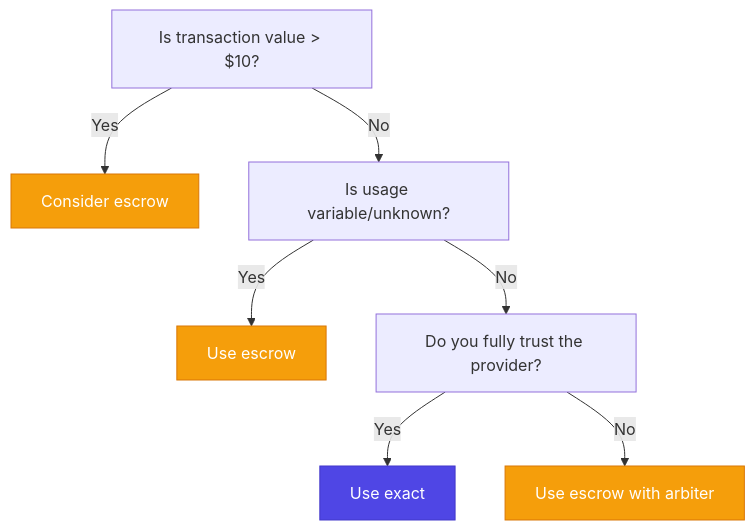
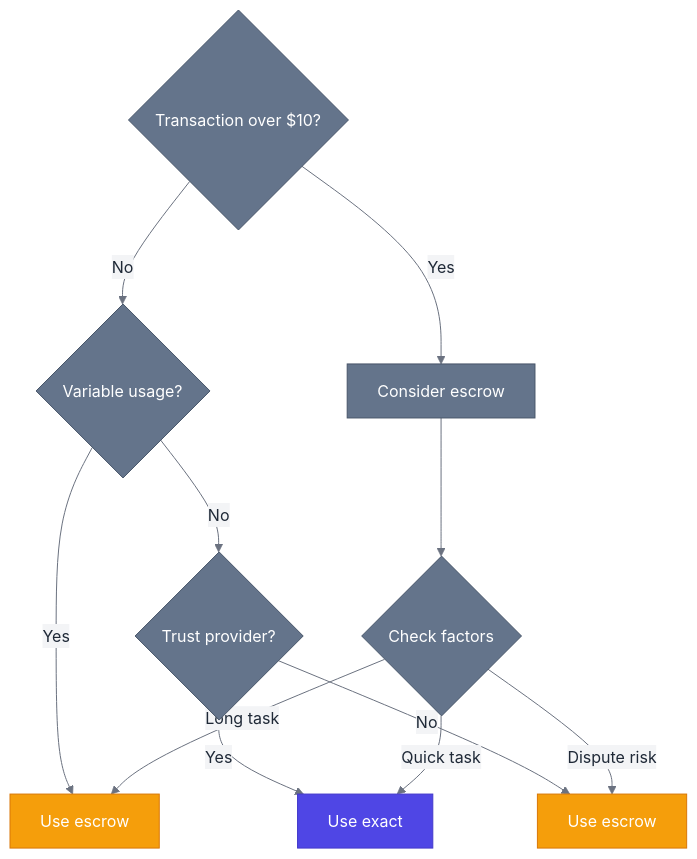
Before and after one commit to BackTrackCo/docs: the diagram in x402-integration/comparison.mdx, drawn with Mermaid. The commit also changed 13 other files, not shown here.

First line of the commit message:
Apply professional theming to all Mermaid diagrams and convert key diagrams to D2

````diff
--- a/x402-integration/comparison.mdx
+++ b/x402-integration/comparison.mdx
@@ -324,15 +324,26 @@
 ```mermaid
+%%{init: {'theme':'base', 'themeVariables': {'primaryColor':'#fafafa','primaryTextColor':'#1f2937','primaryBorderColor':'#9ca3af','secondaryColor':'#f3f4f6','tertiaryColor':'#ffffff','lineColor':'#6b7280','fontFamily':'ui-sans-serif, system-ui, sans-serif'}}}%%
 flowchart TD
-    A[Is transaction value > $10?]
+    A{Transaction over $10?}
     A -->|Yes| B[Consider escrow]
-    A -->|No| C[Is usage variable/unknown?]
+    A -->|No| C{Variable usage?}
     C -->|Yes| D[Use escrow]
-    C -->|No| E[Do you fully trust the provider?]
+    C -->|No| E{Trust provider?}
     E -->|Yes| F[Use exact]
-    E -->|No| G[Use escrow with arbiter]
+    E -->|No| G[Use escrow]
 
-    style B fill:#f59e0b,stroke:#d97706,color:#fff
+    B --> H{Check factors}
+    H -->|Long task| D
+    H -->|Quick task| F
+    H -->|Dispute risk| G
+
     style D fill:#f59e0b,stroke:#d97706,color:#fff
     style F fill:#4f46e5,stroke:#4338ca,color:#fff
     style G fill:#f59e0b,stroke:#d97706,color:#fff
+
+    style A fill:#64748b,stroke:#475569,color:#fff
+    style B fill:#64748b,stroke:#475569,color:#fff
+    style C fill:#64748b,stroke:#475569,color:#fff
+    style E fill:#64748b,stroke:#475569,color:#fff
+    style H fill:#64748b,stroke:#475569,color:#fff
 ```
````
